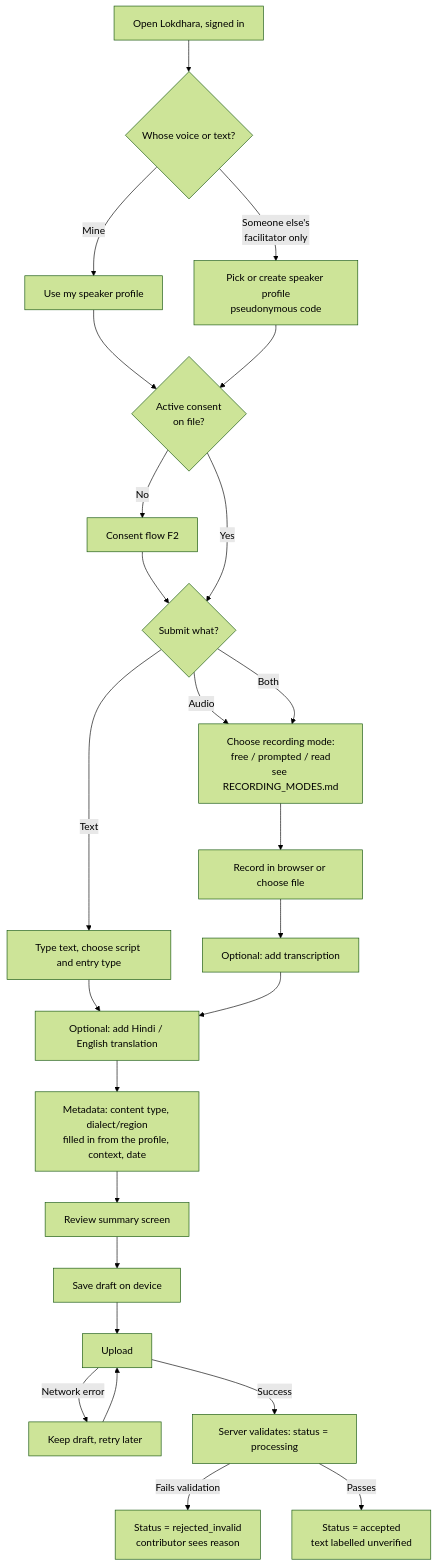
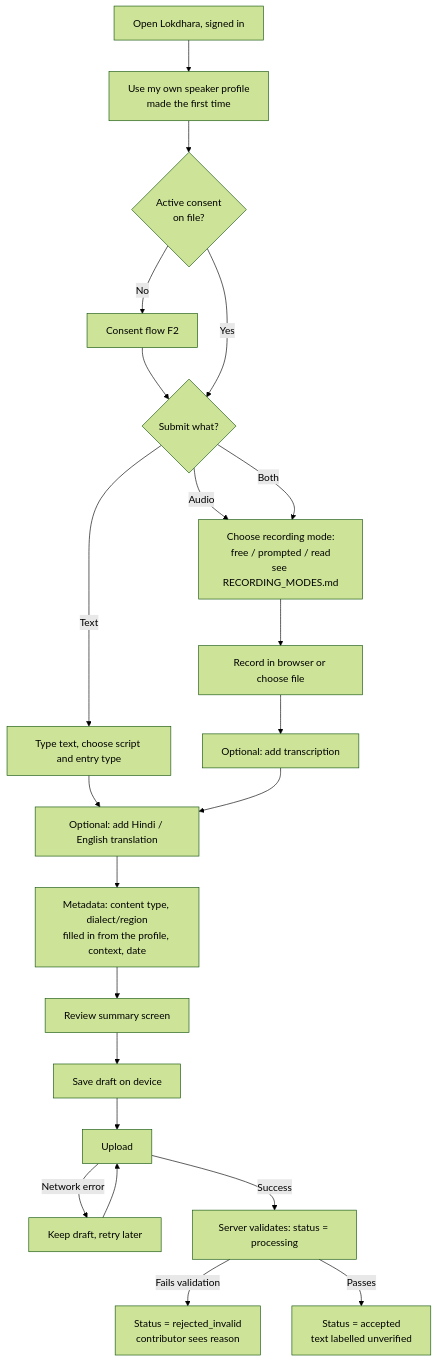
One commit to AyushSoni3398/lokdhara changed the second of 6 diagrams in docs/USER_FLOWS.md. Above: the diagram before and after it, drawn with Mermaid (forest theme). The commit also changed other lines of this file and 2 other files, not shown here.

Commit message:
docs: show the contribution flow without the whose-voice step

````diff
--- a/docs/USER_FLOWS.md
+++ b/docs/USER_FLOWS.md
@@ -26,26 +26,23 @@
 ```mermaid
 flowchart TD
-    A[Open Lokdhara, signed in] --> B{Whose voice or text?}
-    B -->|Mine| C[Use my speaker profile]
-    B -->|Someone else's<br/>facilitator only| D[Pick or create speaker profile<br/>pseudonymous code]
+    A[Open Lokdhara, signed in] --> C[Use my own speaker profile<br/>made the first time]
     C --> E{Active consent<br/>on file?}
-    D --> E
     E -->|No| F[Consent flow F2]
     F --> G
     E -->|Yes| G{Submit what?}
     G -->|Audio| H0[Choose recording mode:<br/>free / prompted / read<br/>see RECORDING_MODES.md] --> H[Record in browser or choose file]
     G -->|Text| I[Type text, choose script and entry type]
     G -->|Both| H0
     H --> J[Optional: add transcription]
     I --> K[Optional: add Hindi / English translation]
     J --> K
     K --> L[Metadata: content type, dialect/region<br/>filled in from the profile, context, date]
     L --> M[Review summary screen]
     M --> N[Save draft on device]
     N --> O[Upload]
     O -->|Network error| P[Keep draft, retry later]
     P --> O
     O -->|Success| Q[Server validates: status = processing]
     Q -->|Fails validation| R[Status = rejected_invalid<br/>contributor sees reason]
     Q -->|Passes| S[Status = accepted<br/>text labelled unverified]
 ```
````
